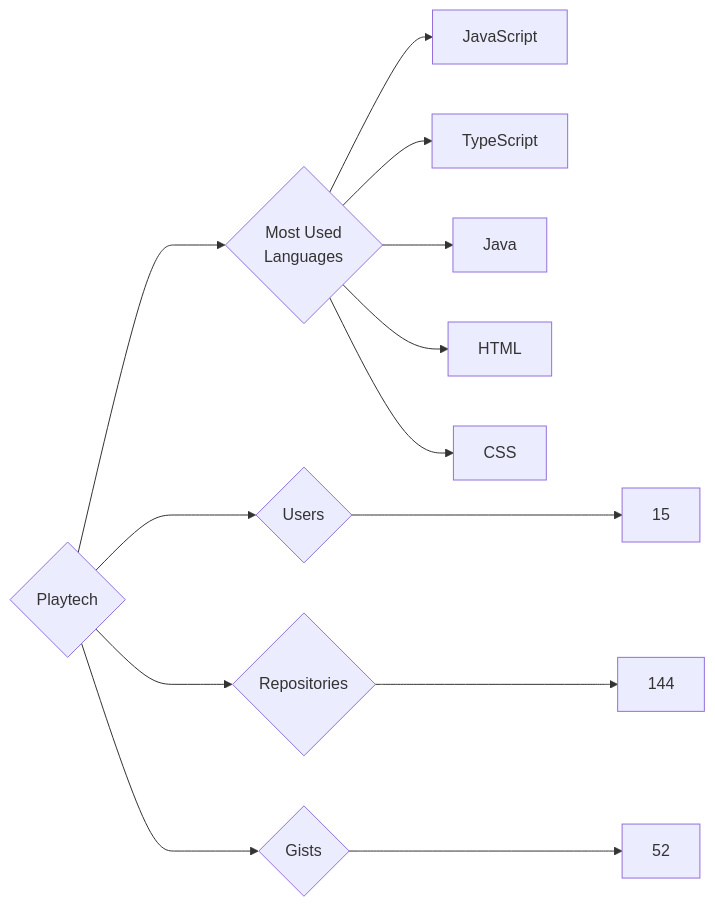
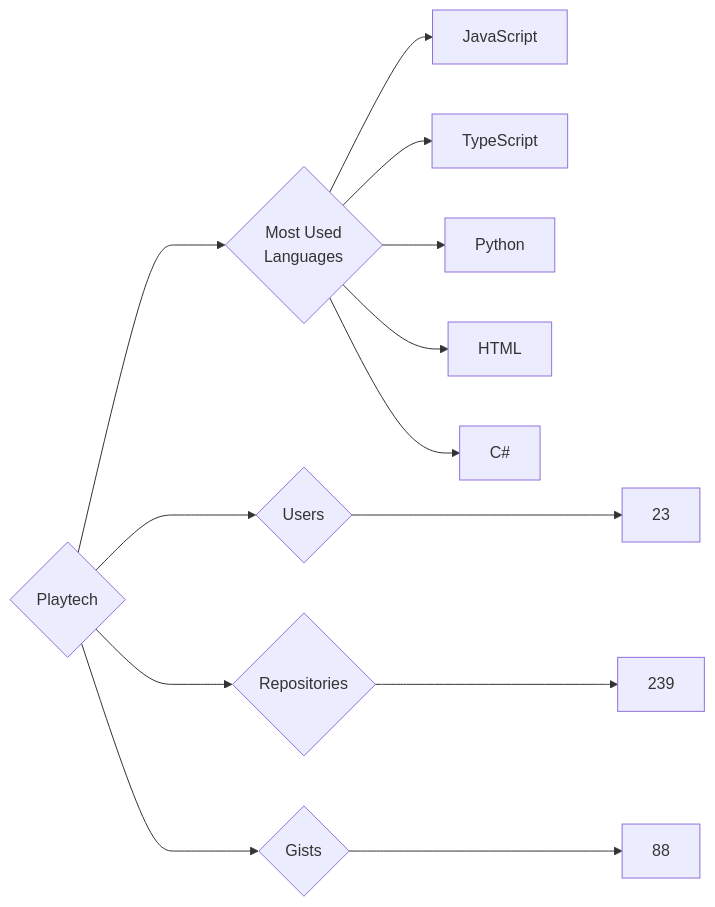
One commit to trickest/insiders changed the diagram in targets/Playtech/README.md. Above: the diagram before and after it, drawn with Mermaid. The commit also changed 939 other files, not shown here.

````diff
--- a/targets/Playtech/README.md
+++ b/targets/Playtech/README.md
@@ -3,13 +3,13 @@
 ```mermaid
 graph LR
 COMPANY_NAME{Playtech}
-COMPANY_NAME ---> U{Users} ---> UN[15]
-COMPANY_NAME ---> R{Repositories} ---> RN[144]
-COMPANY_NAME ---> G{Gists} ---> GN[52]
+COMPANY_NAME ---> U{Users} ---> UN[23]
+COMPANY_NAME ---> R{Repositories} ---> RN[239]
+COMPANY_NAME ---> G{Gists} ---> GN[88]
 COMPANY_NAME ---> ML{Most Used<br>Languages}
 ML --> JavaScript[JavaScript]
 ML --> TypeScript[TypeScript]
-ML --> Java[Java]
+ML --> Python[Python]
 ML --> HTML[HTML]
-ML --> CSS[CSS]
+ML --> C#[C#]
 ```
````
